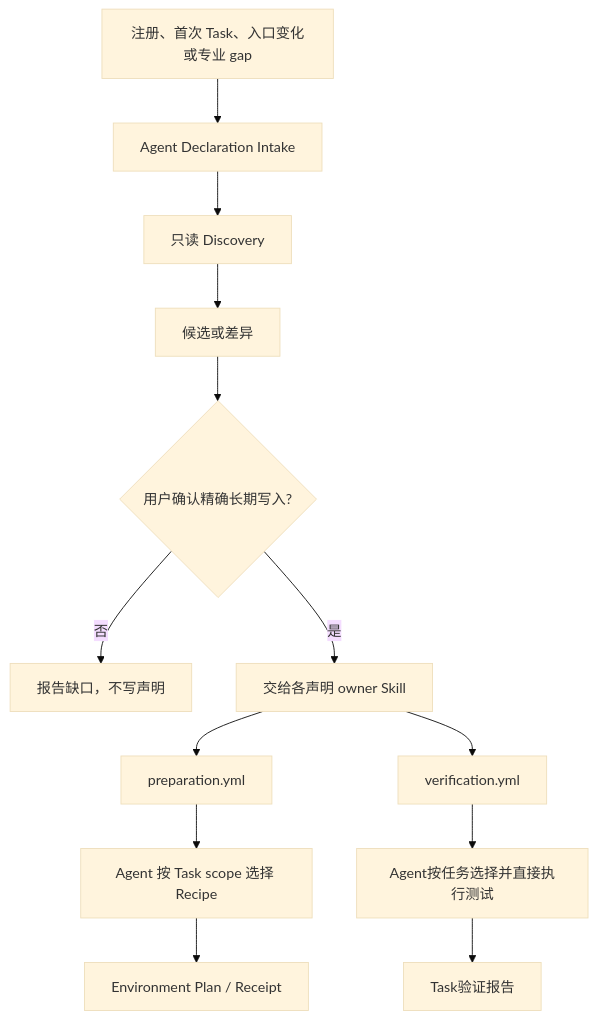
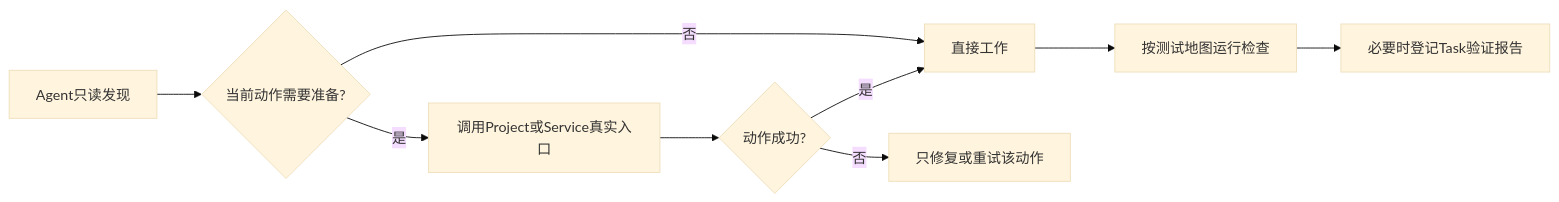
The diagram in projects/product/docs/architecture/buildr-project-declaration-system.md (BuildrAI/Buildr), drawn with Mermaid (base theme) before and after one commit. The commit also changed other lines of this file and 157 other files, not shown here.

````diff
--- a/projects/product/docs/architecture/buildr-project-declaration-system.md
+++ b/projects/product/docs/architecture/buildr-project-declaration-system.md
@@ -22,15 +22,11 @@
 ```mermaid
-flowchart TD
-    T["注册、首次 Task、入口变化或专业 gap"] --> I["Agent Declaration Intake"]
-    I --> D["只读 Discovery"]
-    D --> C["候选或差异"]
-    C --> A{"用户确认精确长期写入?"}
-    A -- "否" --> R["报告缺口，不写声明"]
-    A -- "是" --> O["交给各声明 owner Skill"]
-    O --> P["preparation.yml"]
-    O --> V["verification.yml"]
-    P --> EP["Agent 按 Task scope 选择 Recipe"]
-    EP --> ER["Environment Plan / Receipt"]
-    V --> VS["Agent按任务选择并直接执行测试"]
-    VS --> VR["Task验证报告"]
+flowchart LR
+    I["Agent只读发现"] --> D{"当前动作需要准备?"}
+    D -- "否" --> W["直接工作"]
+    D -- "是" --> P["调用Project或Service真实入口"]
+    P --> R{"动作成功?"}
+    R -- "否" --> F["只修复或重试该动作"]
+    R -- "是" --> W
+    W --> T["按测试地图运行检查"]
+    T --> V["必要时登记Task验证报告"]
 ```
````
